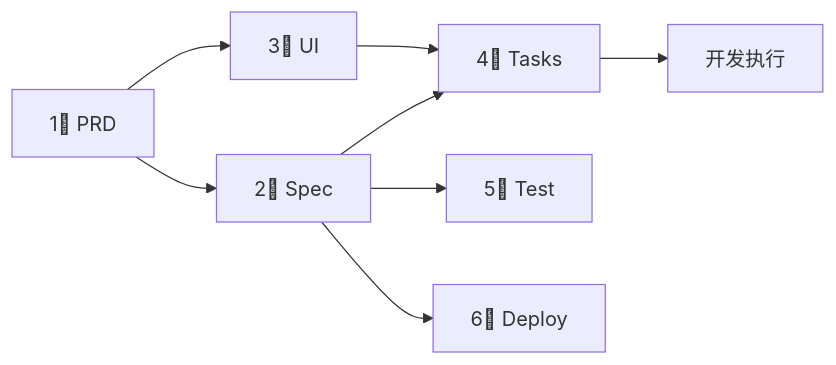
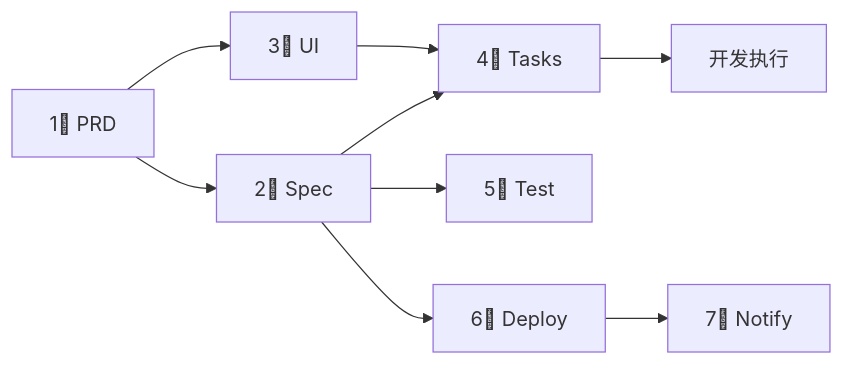
The sixth of 7 diagrams in README.md (Coldplay-now/sddproskills), drawn with Mermaid before and after one commit. The commit also changed other lines of this file and 1 other file, not shown here.

````diff
--- a/README.md
+++ b/README.md
@@ -316,10 +323,11 @@
 ```mermaid
 flowchart LR
     A[1⃣ PRD] --> B[2⃣ Spec]
     A --> C[3⃣ UI]
     B --> D[4⃣ Tasks]
     C --> D
     B --> E[5⃣ Test]
     B --> F[6⃣ Deploy]
-    D --> G[开发执行]
+    F --> G[7⃣ Notify]
+    D --> H[开发执行]
 ```
````
